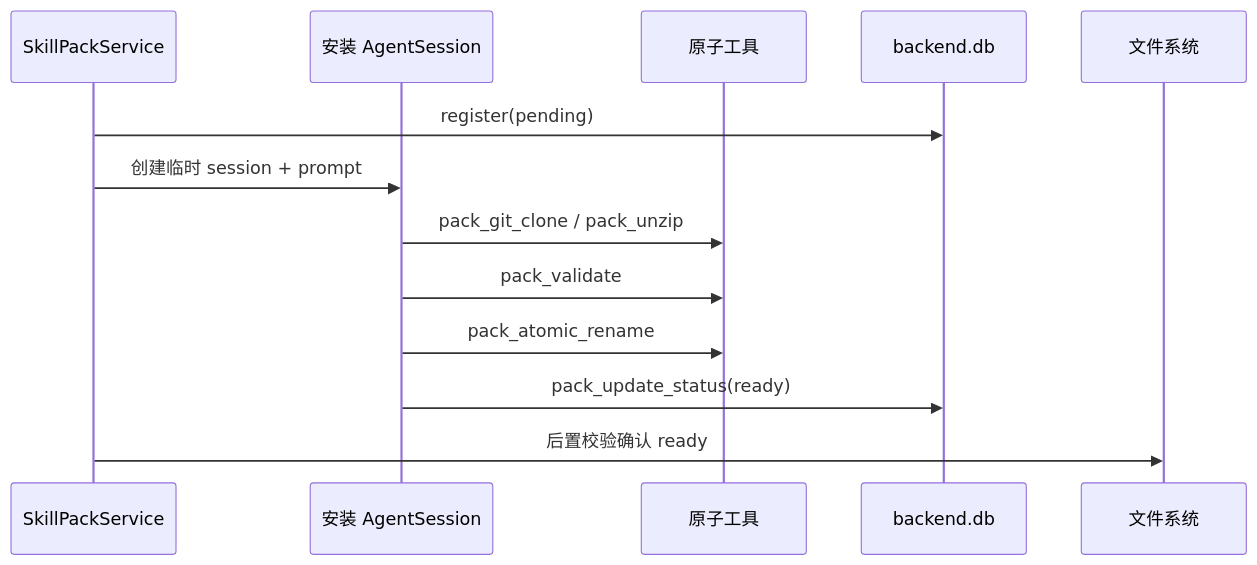
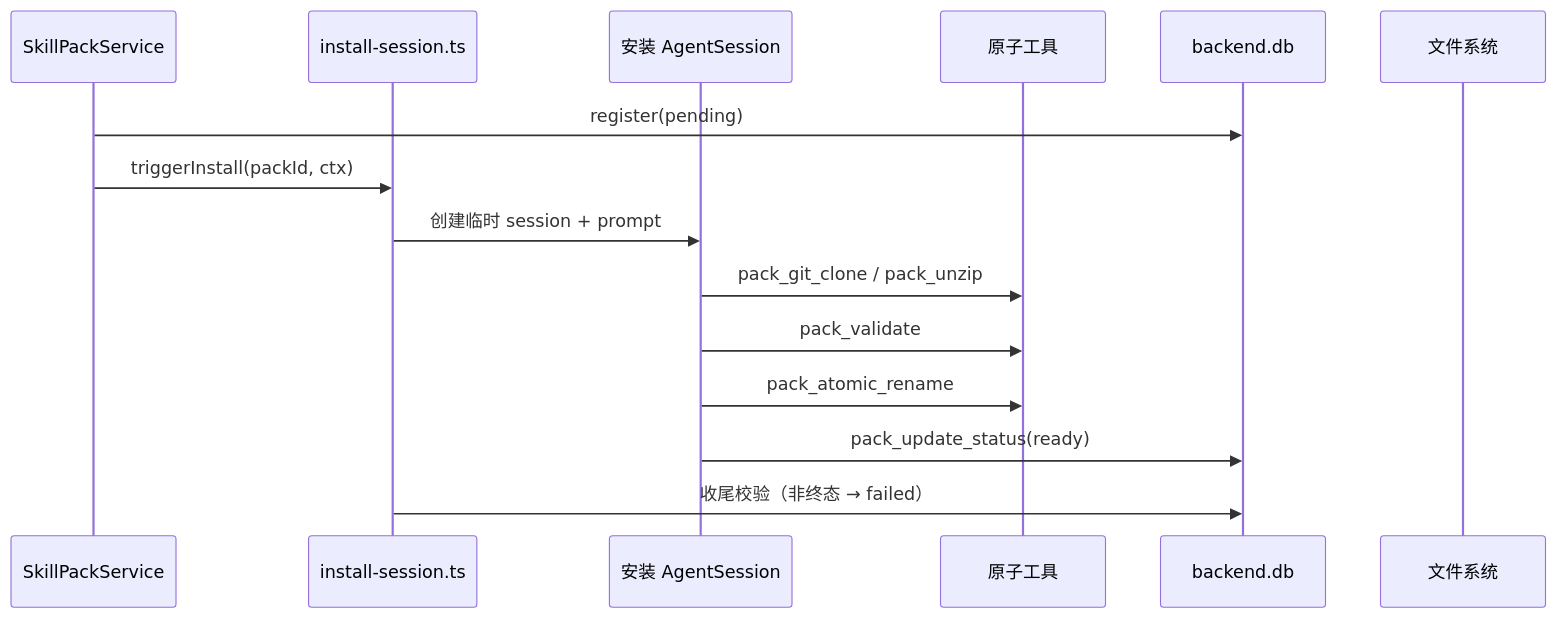
Before and after one commit to Chengchcc/my-agent-team: the second of 2 diagrams in docs/architecture/plugins/skill-pack.md, drawn with Mermaid. The commit also changed other lines of this file and 6 other files, not shown here.

First line of the commit message:
fix(web): fix 15 pre-existing type errors — align api.ts with backend schemas

````diff
--- a/docs/architecture/plugins/skill-pack.md
+++ b/docs/architecture/plugins/skill-pack.md
@@ -79,16 +79,18 @@
 ```mermaid
 sequenceDiagram
     participant Svc as SkillPackService
+    participant IS as install-session.ts
     participant AS as 安装 AgentSession
     participant Tool as 原子工具
     participant DB as backend.db
     participant Disk as 文件系统
 
     Svc->>DB: register(pending)
-    Svc->>AS: 创建临时 session + prompt
+    Svc->>IS: triggerInstall(packId, ctx)
+    IS->>AS: 创建临时 session + prompt
     AS->>Tool: pack_git_clone / pack_unzip
     AS->>Tool: pack_validate
     AS->>Tool: pack_atomic_rename
     AS->>DB: pack_update_status(ready)
-    Svc->>Disk: 后置校验确认 ready
+    IS->>DB: 收尾校验（非终态 → failed）
 ```
````
